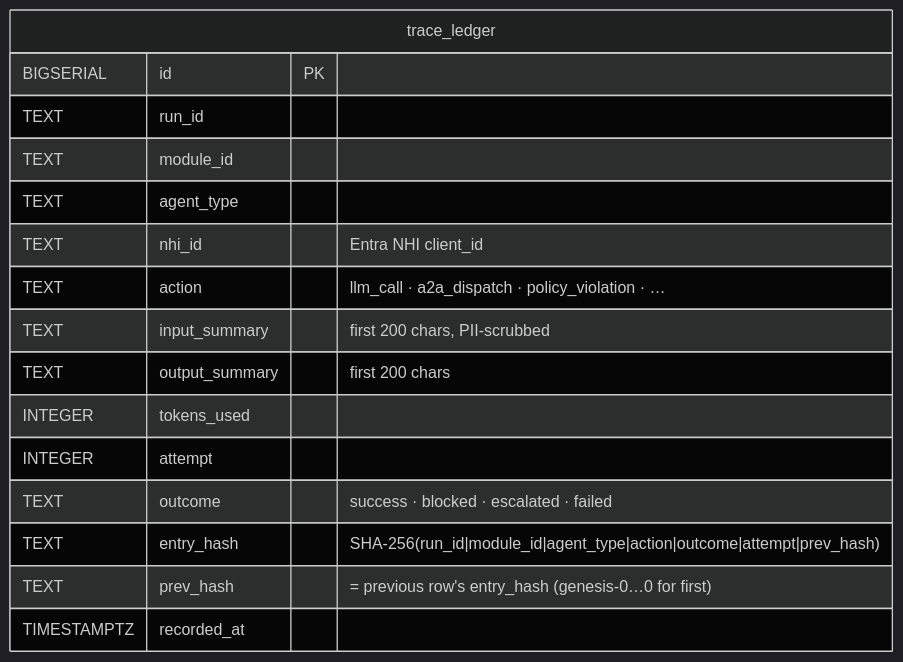
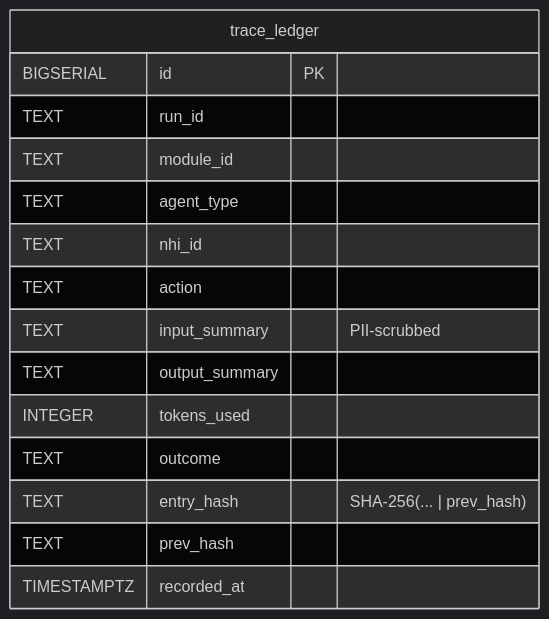
One commit to rlpatrao/agent-gov-sec changed the sixth of 9 diagrams in docs/architecture.md. Above: the diagram before and after it, drawn with Mermaid (dark theme). The commit also changed other lines of this file and 42 other files, not shown here.

````diff
--- a/docs/architecture.md
+++ b/docs/architecture.md
@@ -314,19 +333,18 @@
 ```mermaid
 erDiagram
   trace_ledger {
     BIGSERIAL id PK
     TEXT     run_id
     TEXT     module_id
     TEXT     agent_type
-    TEXT     nhi_id          "Entra NHI client_id"
-    TEXT     action          "llm_call · a2a_dispatch · policy_violation · …"
-    TEXT     input_summary   "first 200 chars, PII-scrubbed"
-    TEXT     output_summary  "first 200 chars"
+    TEXT     nhi_id
+    TEXT     action
+    TEXT     input_summary   "PII-scrubbed"
+    TEXT     output_summary
     INTEGER  tokens_used
-    INTEGER  attempt
-    TEXT     outcome         "success · blocked · escalated · failed"
-    TEXT     entry_hash      "SHA-256(run_id|module_id|agent_type|action|outcome|attempt|prev_hash)"
-    TEXT     prev_hash       "= previous row's entry_hash (genesis-0…0 for first)"
+    TEXT     outcome
+    TEXT     entry_hash      "SHA-256(... | prev_hash)"
+    TEXT     prev_hash
     TIMESTAMPTZ recorded_at
   }
 ```
````
